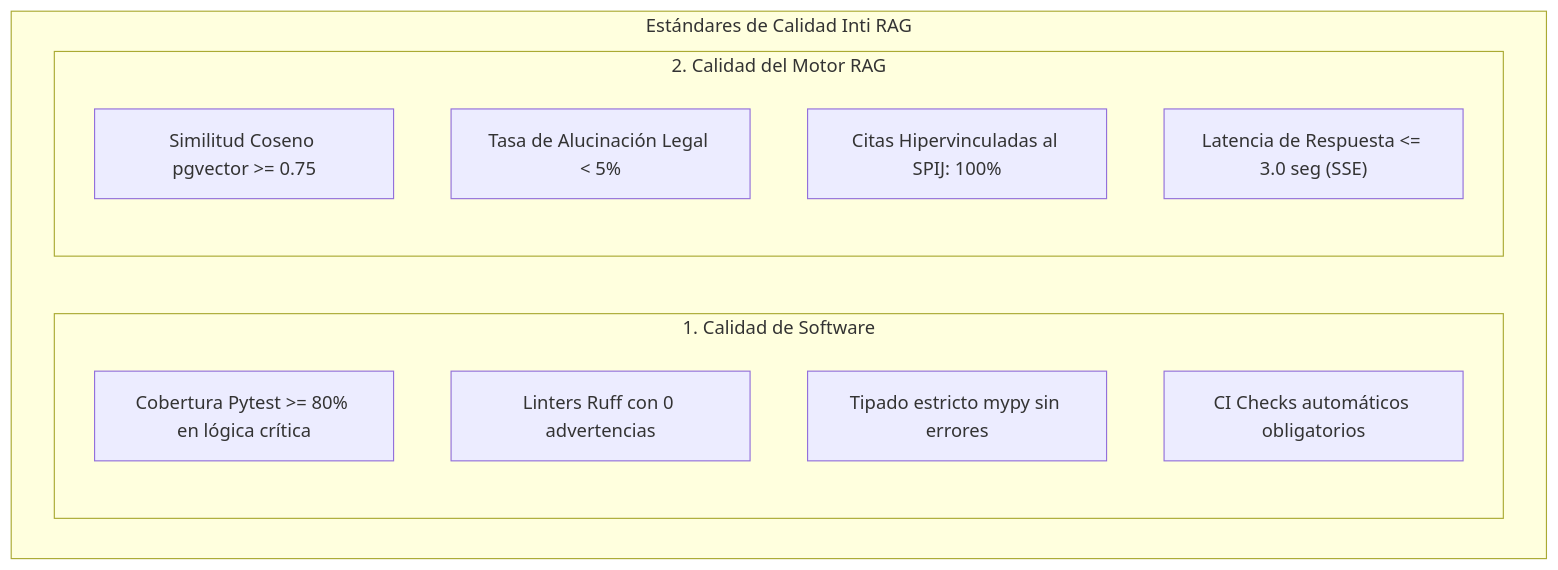
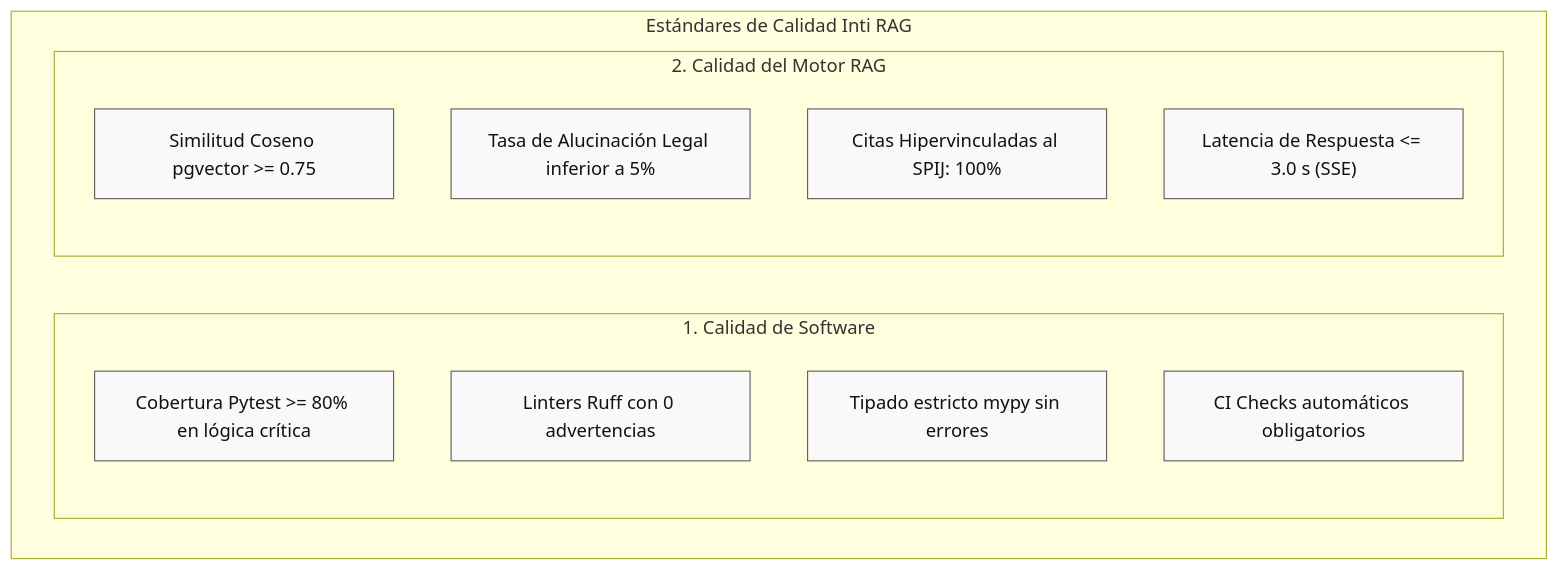
Before and after one commit to jorghee/inti-rag: the diagram in management/01-pmp/01-04-linea-base-calidad.md, drawn with Mermaid. The commit also changed 5 other files, not shown here.

Commit message:
fix(docs): sanitize mermaid diagrams for native github rendering

````diff
--- a/management/01-pmp/01-04-linea-base-calidad.md
+++ b/management/01-pmp/01-04-linea-base-calidad.md
@@ -20,18 +20,21 @@
 ```mermaid
 flowchart TD
     subgraph Quality["Estándares de Calidad Inti RAG"]
         subgraph Code["1. Calidad de Software"]
             C1["Cobertura Pytest >= 80% en lógica crítica"]
             C2["Linters Ruff con 0 advertencias"]
             C3["Tipado estricto mypy sin errores"]
             C4["CI Checks automáticos obligatorios"]
         end
 
         subgraph RAG["2. Calidad del Motor RAG"]
             R1["Similitud Coseno pgvector >= 0.75"]
-            R2["Tasa de Alucinación Legal < 5%"]
+            R2["Tasa de Alucinación Legal inferior a 5%"]
             R3["Citas Hipervinculadas al SPIJ: 100%"]
-            R4["Latencia de Respuesta <= 3.0 seg (SSE)"]
+            R4["Latencia de Respuesta <= 3.0 s (SSE)"]
         end
     end
+
+    classDef stdCard fill:#f9f9f9,stroke:#616161,stroke-width:1px,color:#111111;
+    class C1,C2,C3,C4,R1,R2,R3,R4 stdCard;
 ```
````
